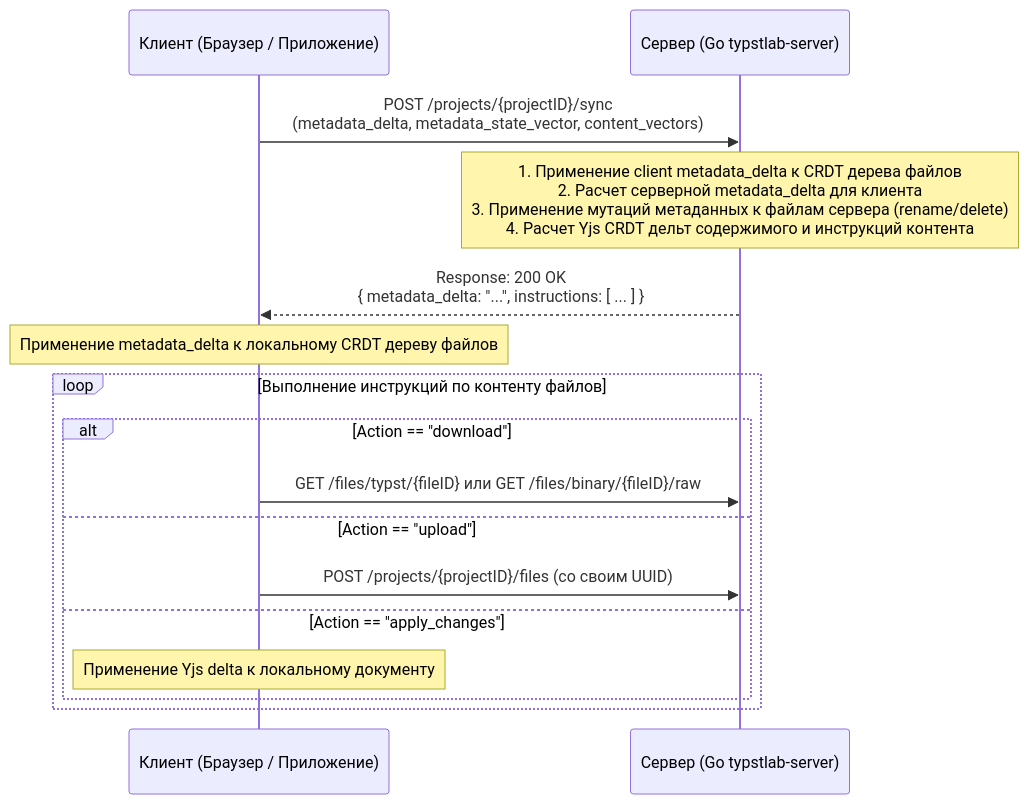
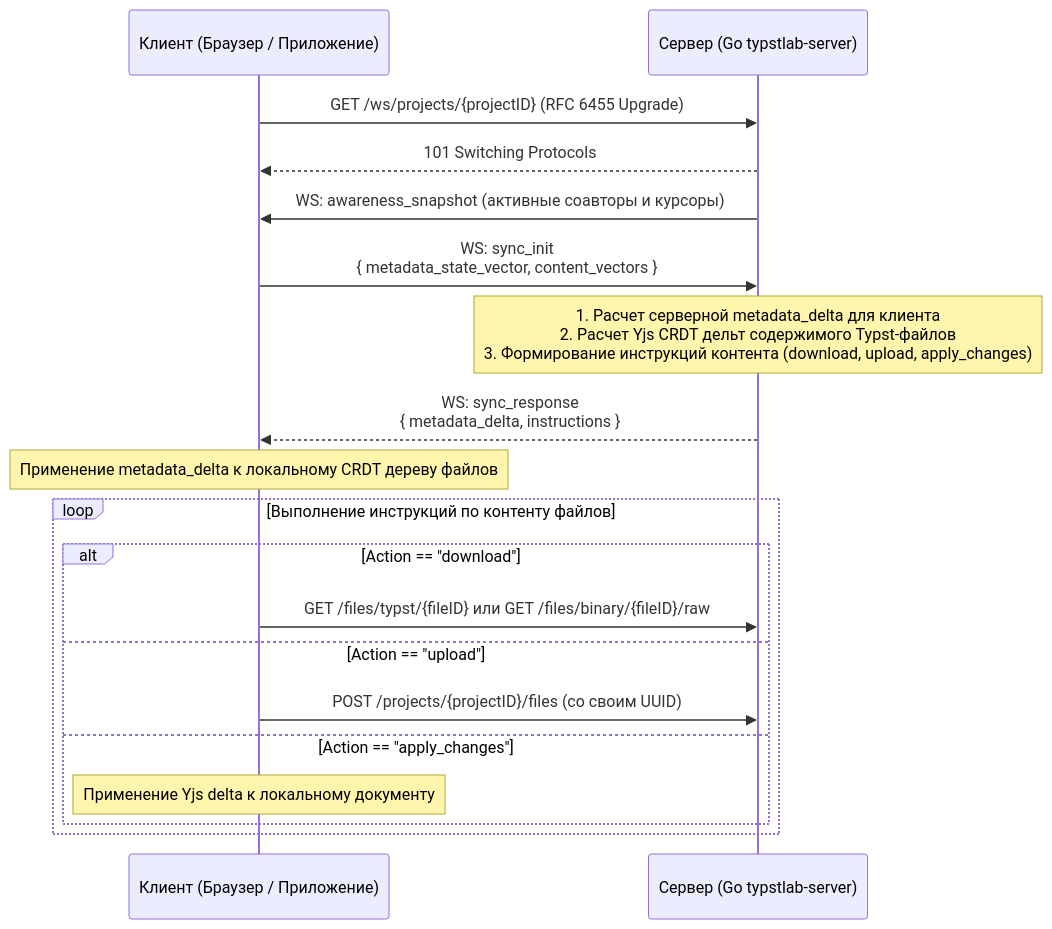
One commit to safarislava/typstlab-server changed the diagram in docs/sync_spec.md. Above: the diagram before and after it, drawn with Mermaid. The commit also changed other lines of this file and 8 other files, not shown here.

````diff
--- a/docs/sync_spec.md
+++ b/docs/sync_spec.md
@@ -21,21 +22,25 @@
 ```mermaid
 sequenceDiagram
     participant Client as Клиент (Браузер / Приложение)
     participant Server as Сервер (Go typstlab-server)
     
-    Client->>Server: POST /projects/{projectID}/sync <br/> (metadata_delta, metadata_state_vector, content_vectors)
-    Note over Server: 1. Применение client metadata_delta к CRDT дерева файлов<br/>2. Расчет серверной metadata_delta для клиента<br/>3. Применение мутаций метаданных к файлам сервера (rename/delete)<br/>4. Расчет Yjs CRDT дельт содержимого и инструкций контента
-    Server-->>Client: Response: 200 OK <br/> { metadata_delta: "...", instructions: [ ... ] }
+    Client->>Server: GET /ws/projects/{projectID} (RFC 6455 Upgrade)
+    Server-->>Client: 101 Switching Protocols
+    Server->>Client: WS: awareness_snapshot (активные соавторы и курсоры)
+    
+    Client->>Server: WS: sync_init <br/> { metadata_state_vector, content_vectors }
+    Note over Server: 1. Расчет серверной metadata_delta для клиента<br/>2. Расчет Yjs CRDT дельт содержимого Typst-файлов<br/>3. Формирование инструкций контента (download, upload, apply_changes)
+    Server-->>Client: WS: sync_response <br/> { metadata_delta, instructions }
     
     Note over Client: Применение metadata_delta к локальному CRDT дереву файлов
     
     Loop Выполнение инструкций по контенту файлов
         alt Action == "download"
             Client->>Server: GET /files/typst/{fileID} или GET /files/binary/{fileID}/raw
         else Action == "upload"
             Client->>Server: POST /projects/{projectID}/files (со своим UUID)
         else Action == "apply_changes"
             Note over Client: Применение Yjs delta к локальному документу
         end
     end
 ```
````
